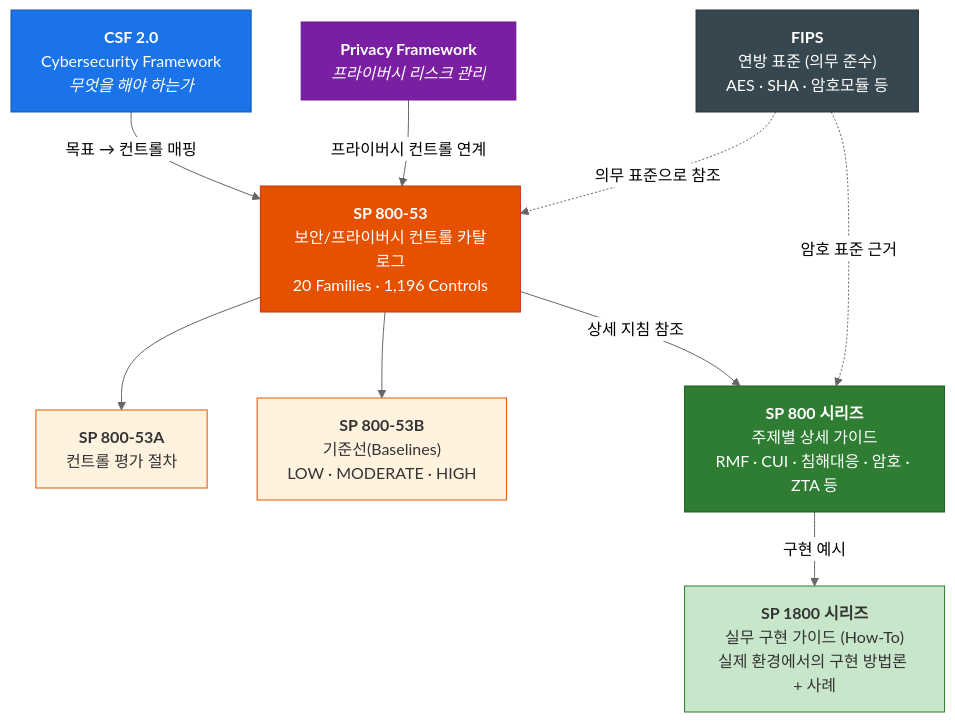
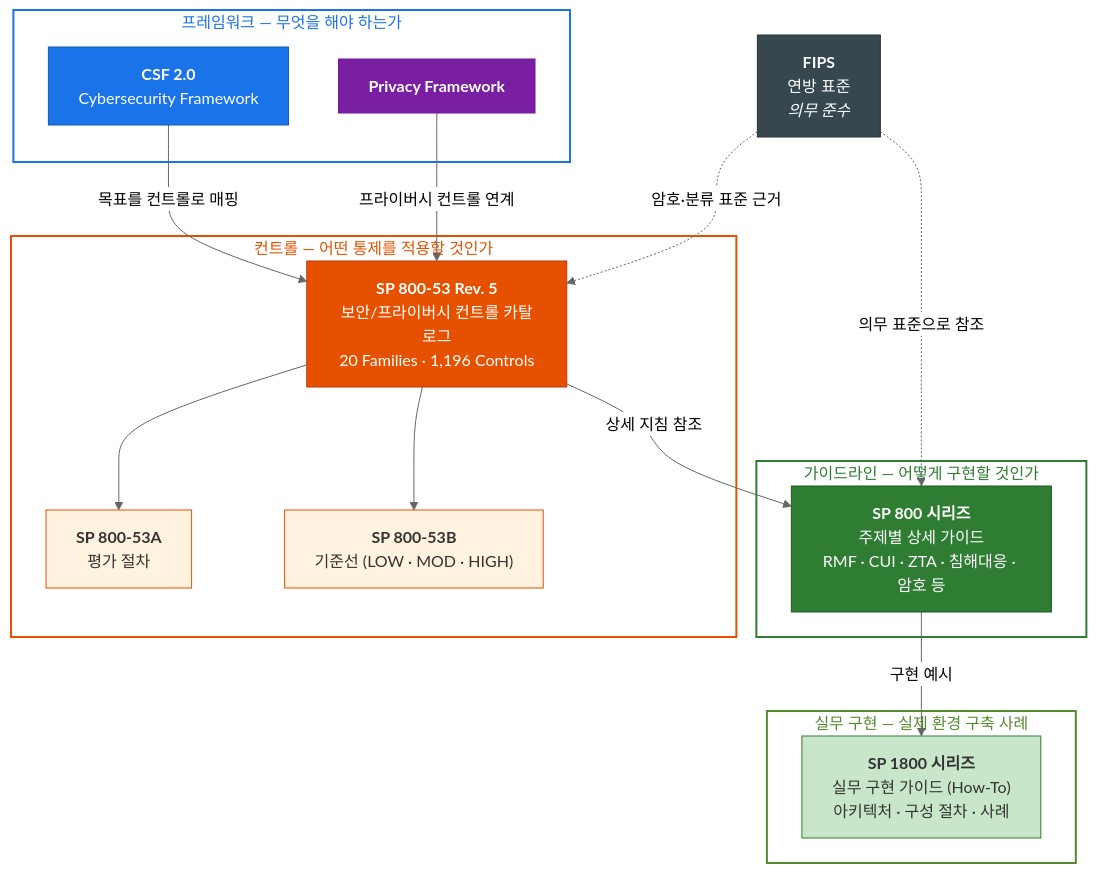
One commit to zer0-kr/security-framework changed the second of 2 diagrams in NIST/README.md. Above: the diagram before and after it, drawn with Mermaid (neutral theme). The commit also changed other lines of this file, not shown here.

Commit message:
Improve diagrams: add series structure Mermaid, enforce vertical hierarchy
- Document series structure: new LR Mermaid diagram replacing ASCII tree
- Series relationships: restructured with subgraph layers (L1~L4) to
  enforce clear vertical hierarchy from frameworks → controls →
  guidelines → implementation
- Each layer is labeled with its abstraction level in Korean

````diff
--- a/NIST/README.md
+++ b/NIST/README.md
@@ -29,29 +44,45 @@
 ```mermaid
-flowchart TD
-    CSF["<b>CSF 2.0</b><br/>Cybersecurity Framework<br/><i>무엇을 해야 하는가</i>"]
-    PF["<b>Privacy Framework</b><br/><i>프라이버시 리스크 관리</i>"]
-    CTRL["<b>SP 800-53</b><br/>보안/프라이버시 컨트롤 카탈로그<br/>20 Families · 1,196 Controls"]
-    ASSESS["<b>SP 800-53A</b><br/>컨트롤 평가 절차"]
-    BASE["<b>SP 800-53B</b><br/>기준선(Baselines)<br/>LOW · MODERATE · HIGH"]
-    SP800["<b>SP 800 시리즈</b><br/>주제별 상세 가이드<br/>RMF · CUI · 침해대응 · 암호 · ZTA 등"]
-    SP1800["<b>SP 1800 시리즈</b><br/>실무 구현 가이드 (How-To)<br/>실제 환경에서의 구현 방법론 + 사례"]
-    FIPS["<b>FIPS</b><br/>연방 표준 (의무 준수)<br/>AES · SHA · 암호모듈 등"]
+flowchart TB
+    subgraph L1["프레임워크 — 무엇을 해야 하는가"]
+        CSF["<b>CSF 2.0</b><br/>Cybersecurity Framework"]
+        PF["<b>Privacy Framework</b>"]
+    end
 
-    CSF -- "목표 → 컨트롤 매핑" --> CTRL
+    subgraph L2["컨트롤 — 어떤 통제를 적용할 것인가"]
+        CTRL["<b>SP 800-53 Rev. 5</b><br/>보안/프라이버시 컨트롤 카탈로그<br/>20 Families · 1,196 Controls"]
+        ASSESS["<b>SP 800-53A</b><br/>평가 절차"]
+        BASE["<b>SP 800-53B</b><br/>기준선 (LOW · MOD · HIGH)"]
+    end
+
+    subgraph L3["가이드라인 — 어떻게 구현할 것인가"]
+        SP800["<b>SP 800 시리즈</b><br/>주제별 상세 가이드<br/>RMF · CUI · ZTA · 침해대응 · 암호 등"]
+    end
+
+    subgraph L4["실무 구현 — 실제 환경 구축 사례"]
+        SP1800["<b>SP 1800 시리즈</b><br/>실무 구현 가이드 (How-To)<br/>아키텍처 · 구성 절차 · 사례"]
+    end
+
+    FIPS["<b>FIPS</b><br/>연방 표준<br/><i>의무 준수</i>"]
+
+    CSF -- "목표를 컨트롤로 매핑" --> CTRL
     PF -- "프라이버시 컨트롤 연계" --> CTRL
     CTRL --> ASSESS
     CTRL --> BASE
     CTRL -- "상세 지침 참조" --> SP800
     SP800 -- "구현 예시" --> SP1800
-    FIPS -. "의무 표준으로 참조" .-> CTRL
-    FIPS -. "암호 표준 근거" .-> SP800
+    FIPS -. "암호·분류 표준 근거" .-> CTRL
+    FIPS -. "의무 표준으로 참조" .-> SP800
 
+    style L1 fill:none,stroke:#1a73e8,stroke-width:2px,color:#1a73e8
+    style L2 fill:none,stroke:#e65100,stroke-width:2px,color:#e65100
+    style L3 fill:none,stroke:#2e7d32,stroke-width:2px,color:#2e7d32
+    style L4 fill:none,stroke:#558b2f,stroke-width:2px,color:#558b2f
     style CSF fill:#1a73e8,stroke:#1558b0,color:#fff
     style PF fill:#7b1fa2,stroke:#6a1b9a,color:#fff
     style CTRL fill:#e65100,stroke:#bf360c,color:#fff
     style ASSESS fill:#fff3e0,stroke:#e65100,color:#333
     style BASE fill:#fff3e0,stroke:#e65100,color:#333
     style SP800 fill:#2e7d32,stroke:#1b5e20,color:#fff
     style SP1800 fill:#c8e6c9,stroke:#2e7d32,color:#333
     style FIPS fill:#37474f,stroke:#263238,color:#fff
 ```
````
